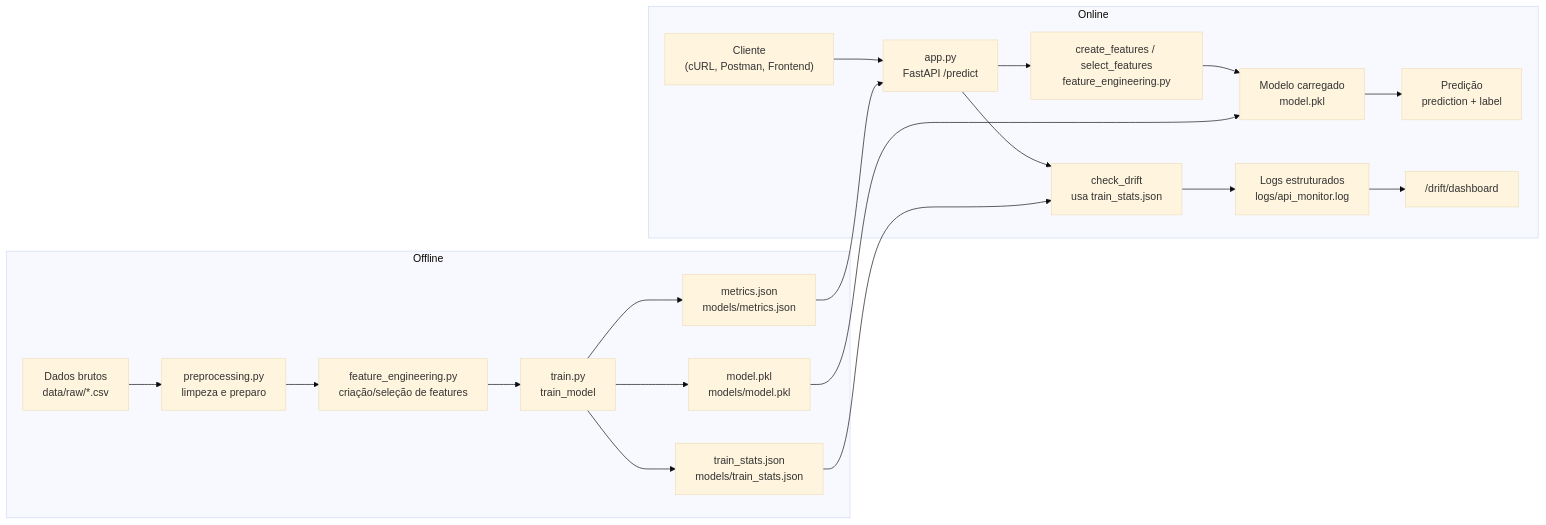
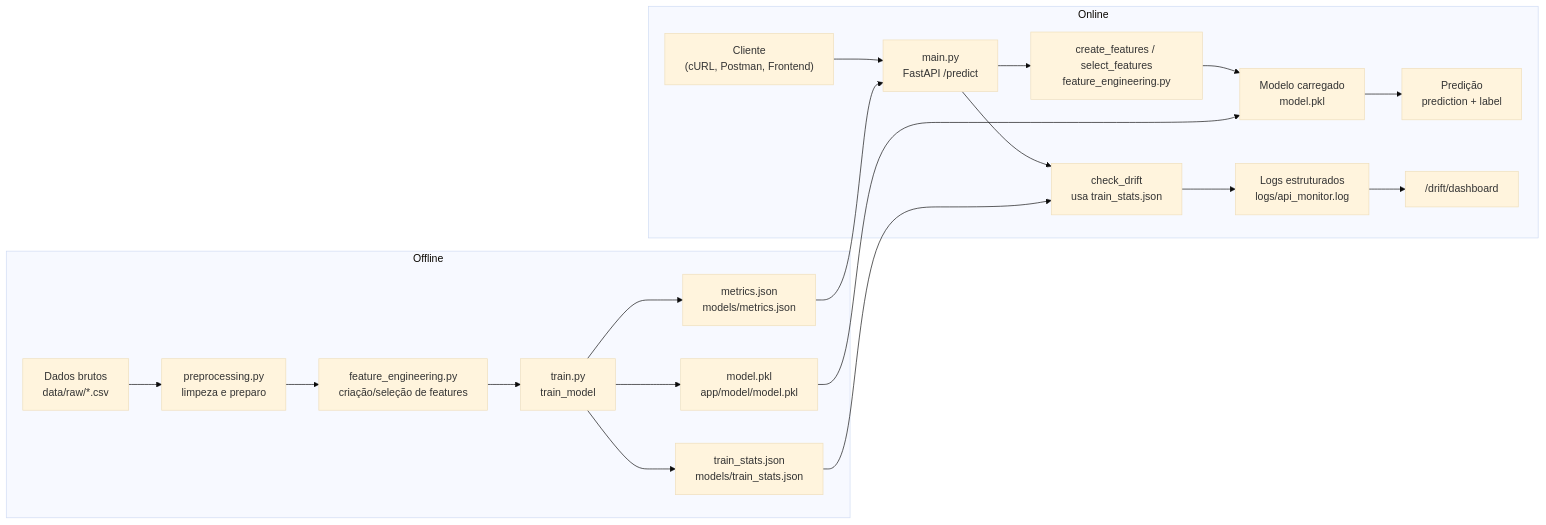
The diagram in README.md (emanueleborges/fiaptech5), drawn with Mermaid (base theme) before and after one commit. The commit also changed other lines of this file and 31 other files, not shown here.

````diff
--- a/README.md
+++ b/README.md
@@ -63,25 +63,25 @@
 ```mermaid
 flowchart LR
     subgraph Offline
         A["Dados brutos<br/>data/raw/*.csv"] --> B["preprocessing.py<br/>limpeza e preparo"]
         B --> C["feature_engineering.py<br/>criação/seleção de features"]
         C --> D["train.py<br/>train_model"]
-        D --> E["model.pkl<br/>models/model.pkl"]
+        D --> E["model.pkl<br/>app/model/model.pkl"]
         D --> F["metrics.json<br/>models/metrics.json"]
         D --> G["train_stats.json<br/>models/train_stats.json"]
     end
 
     subgraph Online
-        H["Cliente<br/>(cURL, Postman, Frontend)"] --> I["app.py<br/>FastAPI /predict"]
+        H["Cliente<br/>(cURL, Postman, Frontend)"] --> I["main.py<br/>FastAPI /predict"]
         I --> J["create_features / select_features<br/>feature_engineering.py"]
         J --> K["Modelo carregado<br/>model.pkl"]
         K --> L["Predição<br/>prediction + label"]
         I --> M["check_drift<br/>usa train_stats.json"]
         M --> N["Logs estruturados<br/>logs/api_monitor.log"]
         N --> O["/drift/dashboard"]
     end
 
     E --> K
     G --> M
     F --> I
 ```
````
